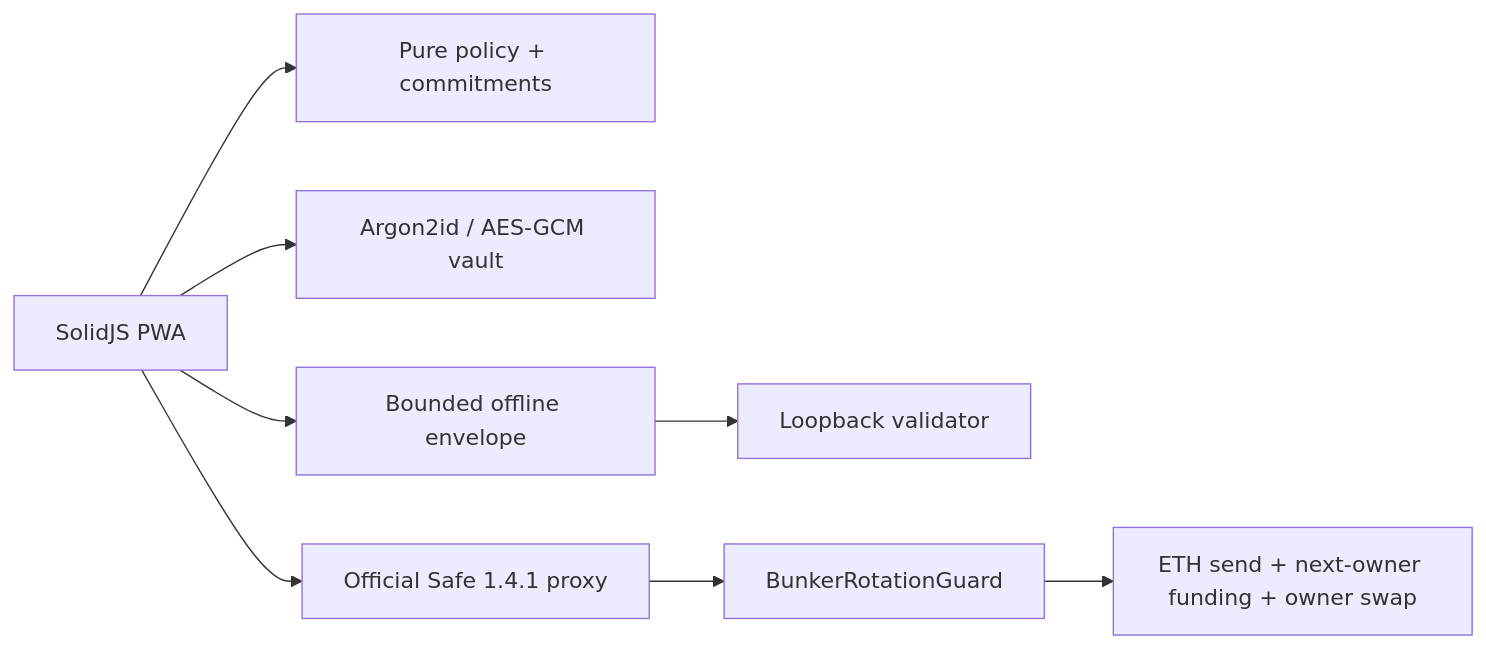
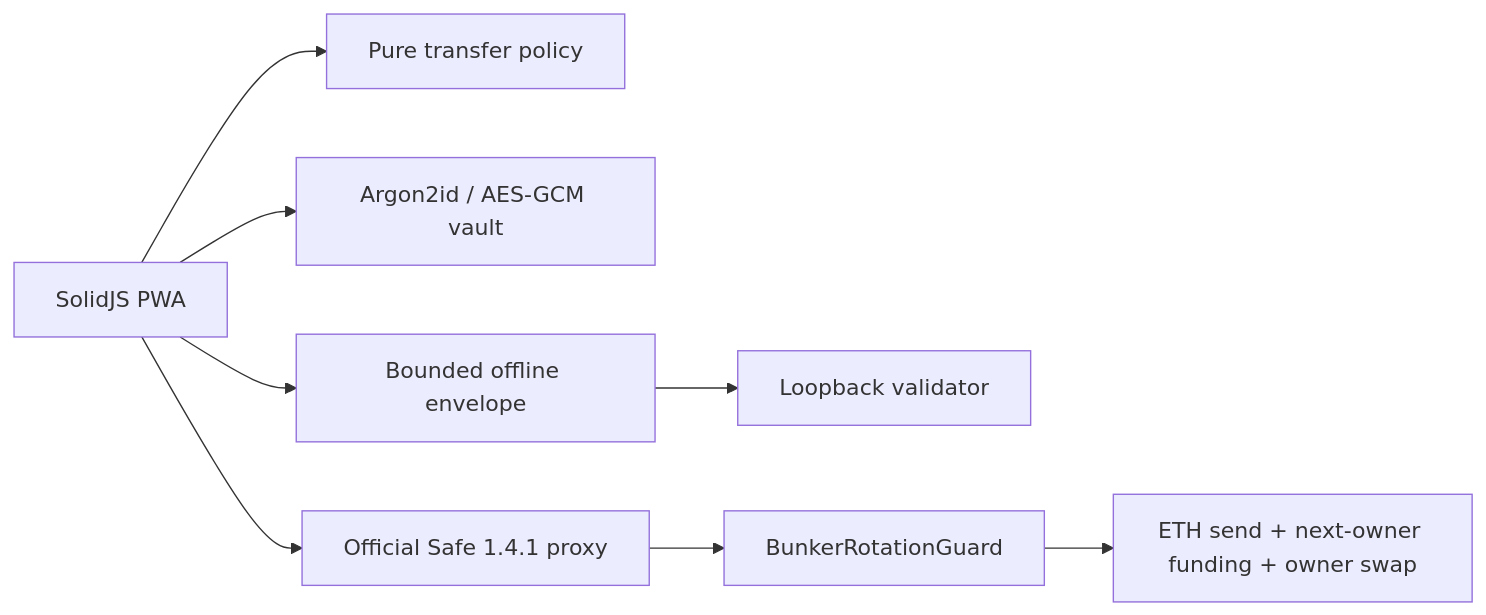
One commit to SilentCicero/bunker-wallet changed the diagram in docs/architecture.md. Above: the diagram before and after it, drawn with Mermaid. The commit also changed other lines of this file and 36 other files, not shown here.

````diff
--- a/docs/architecture.md
+++ b/docs/architecture.md
@@ -3,10 +3,10 @@
 ```mermaid
 flowchart LR
-  UI[SolidJS PWA] --> Core[Pure policy + commitments]
+  UI[SolidJS PWA] --> Core[Pure transfer policy]
   UI --> Vault[Argon2id / AES-GCM vault]
   UI --> File[Bounded offline envelope]
   File --> Relay[Loopback validator]
   UI --> Safe[Official Safe 1.4.1 proxy]
   Safe --> Guard[BunkerRotationGuard]
   Guard --> Batch[ETH send + next-owner funding + owner swap]
 ```
````
